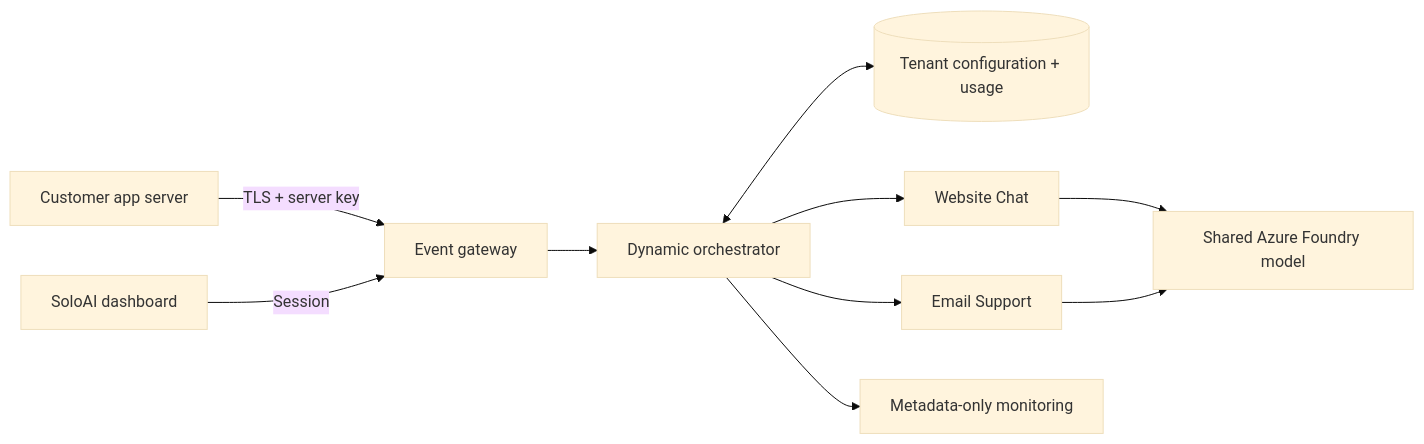
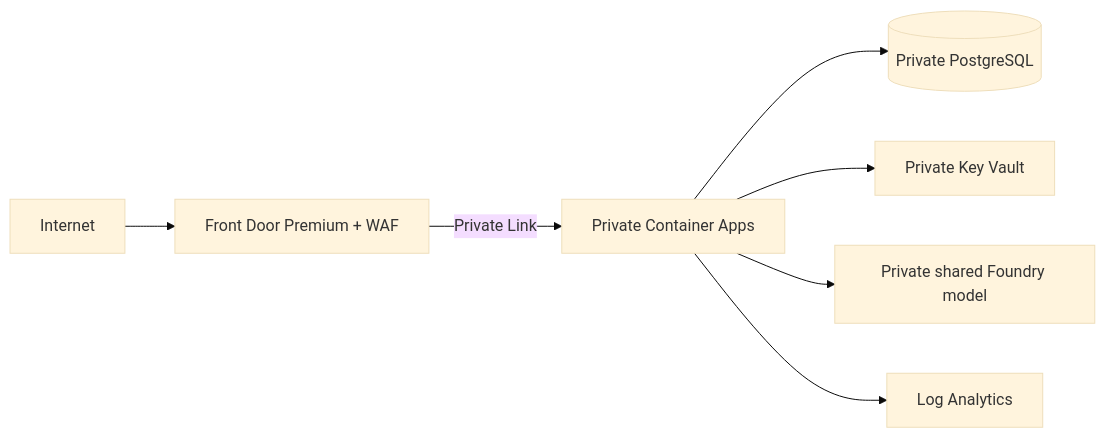
The diagram in README.md (sumitsharma01/soloai), drawn with Mermaid (base theme) before and after one commit. The commit also changed other lines of this file and 19 other files, not shown here.

Commit message:
Simplify Azure starter around Front Door WAF and private app/AI connections

````diff
--- a/README.md
+++ b/README.md
@@ -91,12 +91,9 @@
 ```mermaid
 flowchart LR
-  C[Customer app server] -->|TLS + server key| G[Event gateway]
-  D[SoloAI dashboard] -->|Session| G
-  G --> O[Dynamic orchestrator]
-  O <--> P[(Tenant configuration + usage)]
-  O --> W[Website Chat]
-  O --> E[Email Support]
-  W --> F[Shared Azure Foundry model]
-  E --> F
-  O --> M[Metadata-only monitoring]
+  I[Internet] --> F[Front Door Premium + WAF]
+  F -->|Private Link| A[Private Container Apps]
+  A --> P[(Private PostgreSQL)]
+  A --> K[Private Key Vault]
+  A --> M[Private shared Foundry model]
+  A --> L[Log Analytics]
 ```
````
